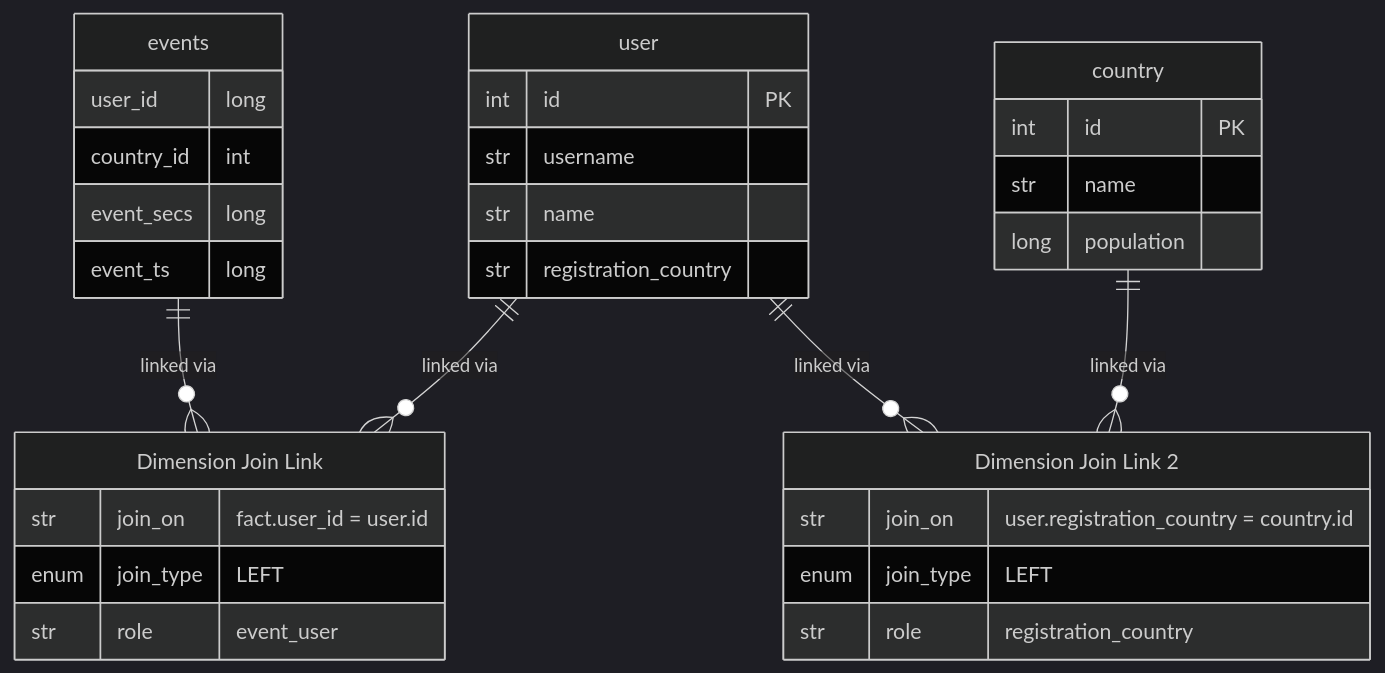
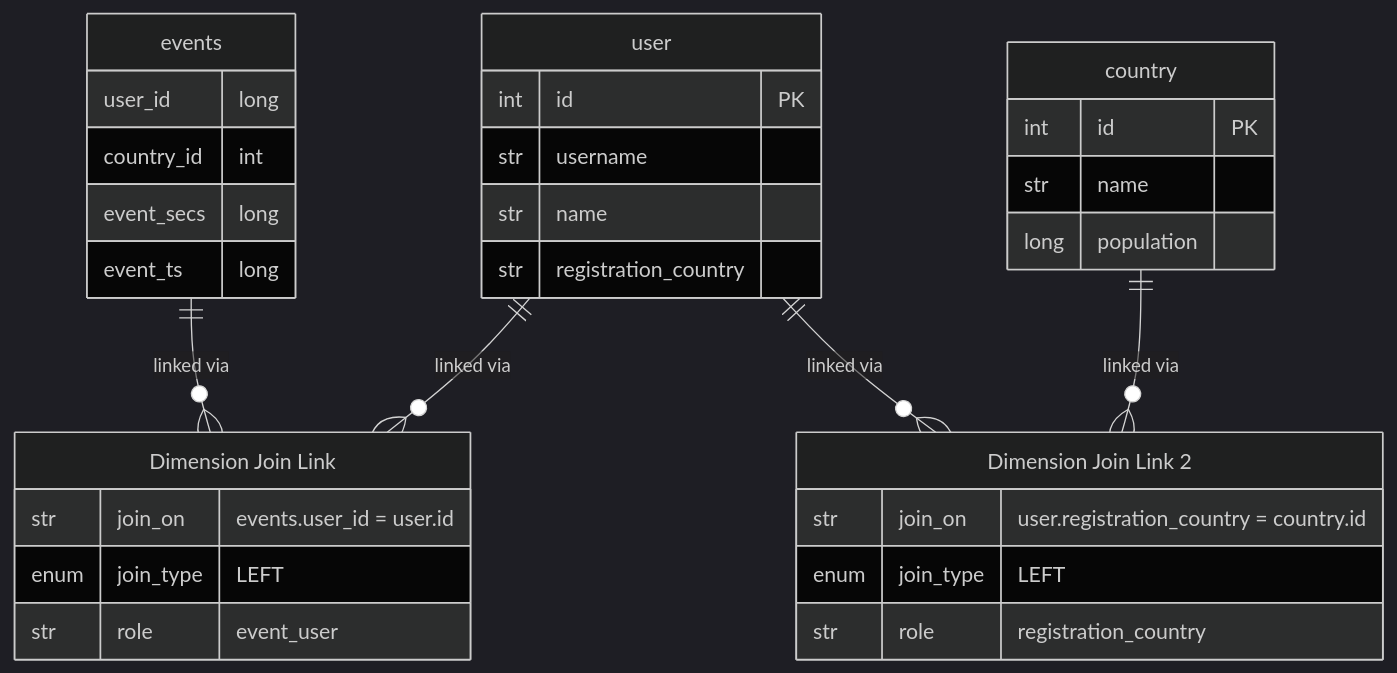
Before and after one commit to DataJunction/dj: the fourth of 7 diagrams in docs/content/0.1.0/docs/data-modeling/dimension-links.md, drawn with Mermaid (dark theme). The commit also changed other lines of this file and 4 other files, not shown here.

```diff
--- a/docs/content/0.1.0/docs/data-modeling/dimension-links.md
+++ b/docs/content/0.1.0/docs/data-modeling/dimension-links.md
@@ -117,37 +136,37 @@
 {{< mermaid class="bg-light text-center" >}}
 erDiagram
     "events" {
         user_id long 
         country_id int
         event_secs long
         event_ts long
     }
    "user" {
         int id PK
         str username
         str name
         str registration_country
     }
    "country" {
         int id PK
         str name
         long population
     }
    "events" ||--o{ "Dimension Join Link" : "linked via"
    "user" ||--o{ "Dimension Join Link" : "linked via"
 
    "user" ||--o{ "Dimension Join Link 2" : "linked via"
    "country" ||--o{ "Dimension Join Link 2" : "linked via"
 
    "Dimension Join Link" {
-        str join_on "fact.user_id = user.id"
+        str join_on "events.user_id = user.id"
         enum join_type "LEFT"
         str role "event_user"
     }
 
    "Dimension Join Link 2" {
         str join_on "user.registration_country = country.id"
         enum join_type "LEFT"
         str role "registration_country"
     }
 {{< /mermaid >}}
```
